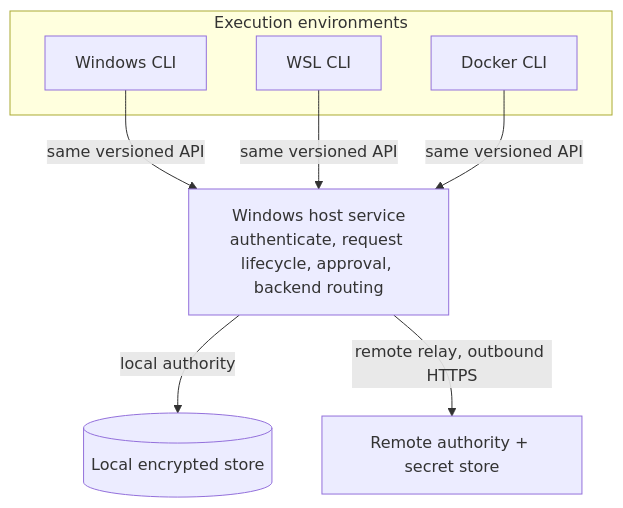
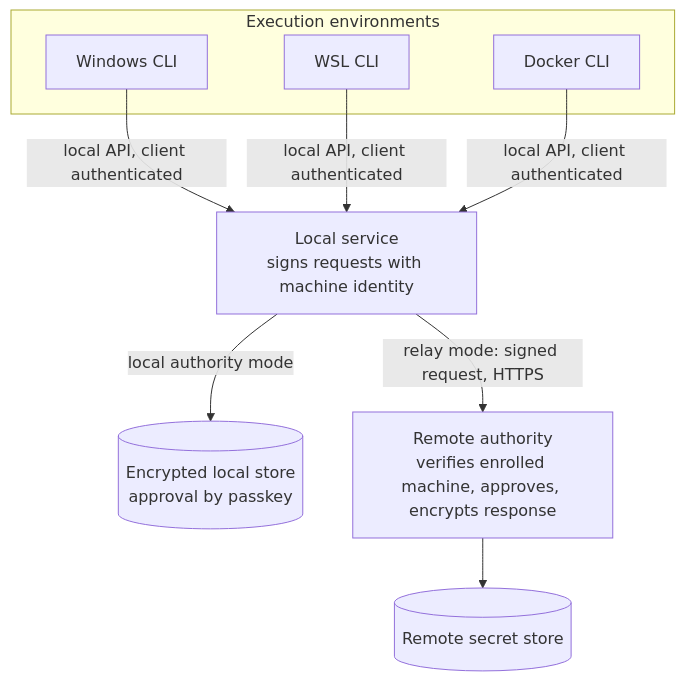
Before and after one commit to CodePenguin/with-secrets: the ninth of 10 diagrams in docs/architecture.md, drawn with Mermaid. The commit also changed other lines of this file, not shown here.

Commit message:
Architecture: local service, machine identity and end-to-end encrypted relay design with review notes

````diff
--- a/docs/architecture.md
+++ b/docs/architecture.md
@@ -387,11 +395,12 @@
 ```mermaid
 flowchart TB
   subgraph Envs[Execution environments]
     W[Windows CLI]
     L[WSL CLI]
     D[Docker CLI]
   end
-  W & L & D -->|same versioned API| H[Windows host service<br/>authenticate, request lifecycle, approval, backend routing]
-  H -->|local authority| S[(Local encrypted store)]
-  H -->|remote relay, outbound HTTPS| R[Remote authority + secret store]
+  W & L & D -->|local API, client authenticated| H[Local service<br/>signs requests with machine identity]
+  H -->|local authority mode| S[(Encrypted local store<br/>approval by passkey)]
+  H -->|relay mode: signed request, HTTPS| R[Remote authority<br/>verifies enrolled machine, approves, encrypts response]
+  R --> RS[(Remote secret store)]
 ```
````
